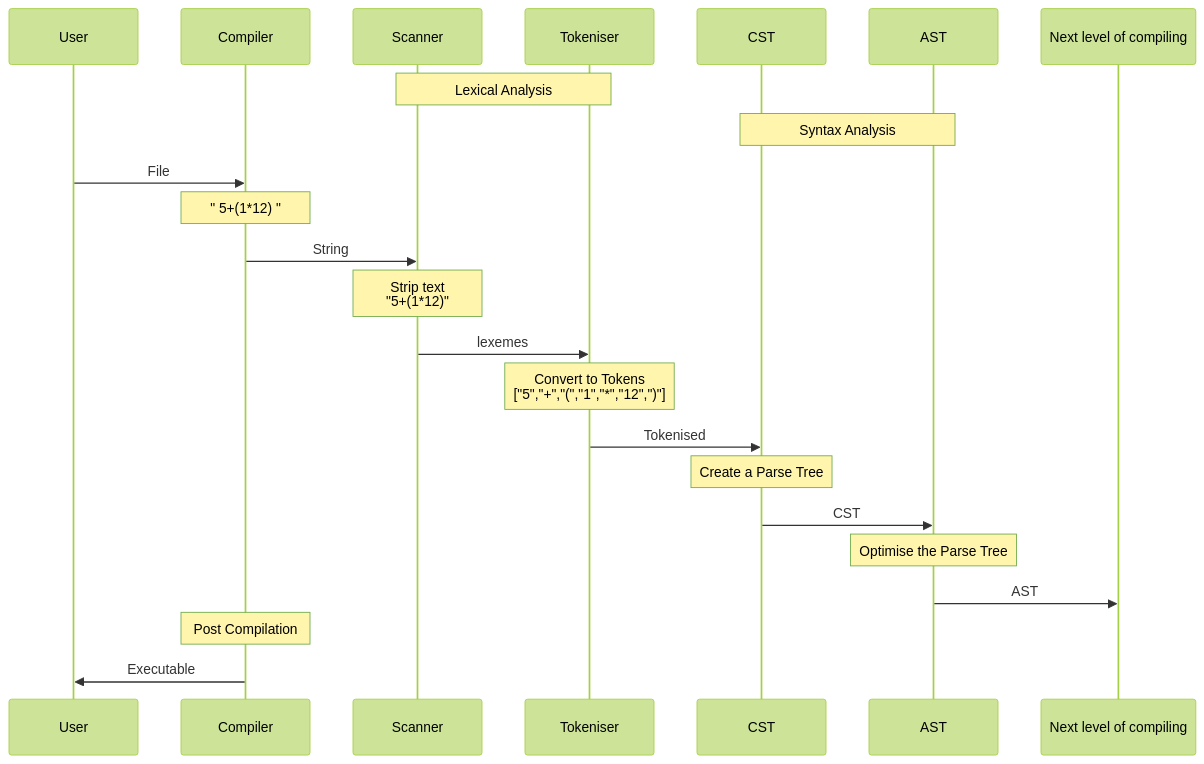
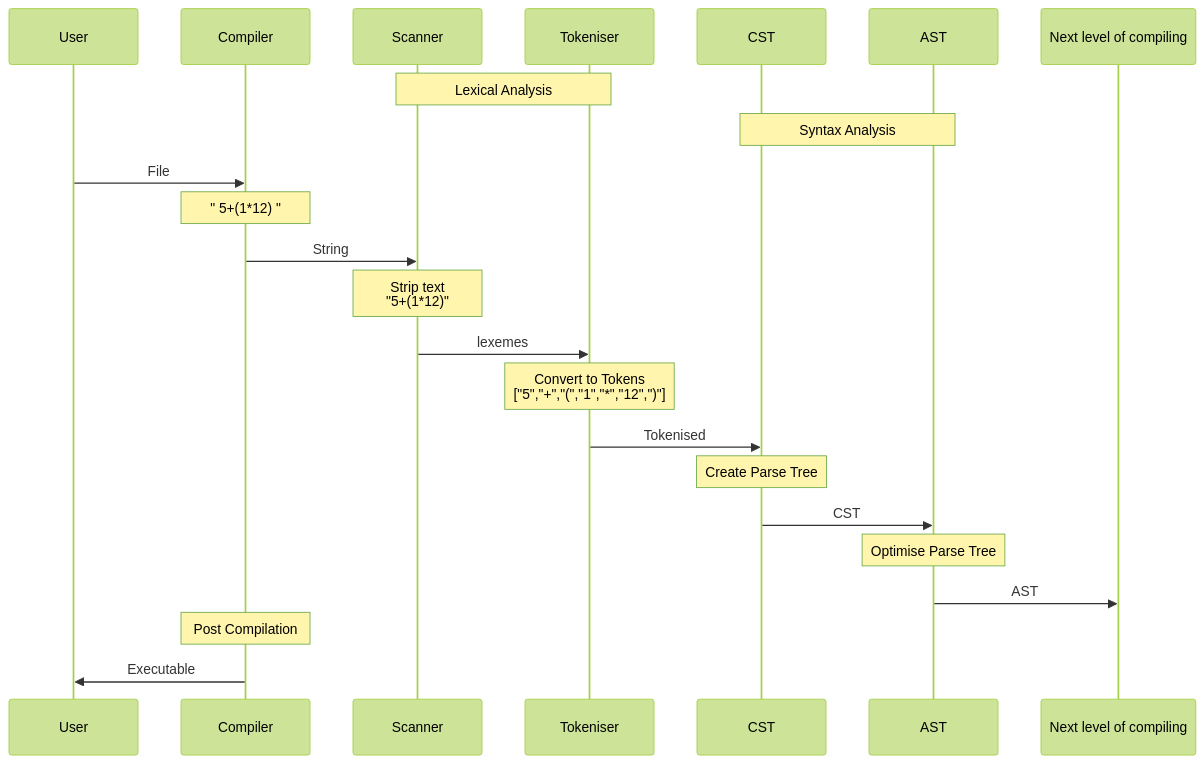
Before and after one commit to trshant-sugoi/stackedit: the first of 3 diagrams in drafts/2019-02-25-Compiler-I-AST.md, drawn with Mermaid (forest theme). The commit also changed other lines of this file, not shown here.

````diff
--- a/drafts/2019-02-25-Compiler-I-AST.md
+++ b/drafts/2019-02-25-Compiler-I-AST.md
@@ -18,25 +19,25 @@
 ```mermaid
 sequenceDiagram
 participant U as User  
 participant C as Compiler   
 participant S as Scanner
 participant T as Tokeniser   
 participant SA1 as CST
 participant SA2 as AST 
 
 Note over S,T: Lexical Analysis
 Note over SA1,SA2: Syntax Analysis
 U ->> C  : File  
 Note over C: " 5+(1*12) "
 C ->> S  : String
 Note over S: Strip text <br/>"5+(1*12)"
 S ->> T  : lexemes  
 Note over T: Convert to Tokens<br/>["5","+","(","1","*","12",")"]
 T ->> SA1 : Tokenised   
-Note over SA1: Create a Parse Tree
+Note over SA1: Create Parse Tree
 SA1  ->> SA2 : CST
-Note over SA2: Optimise the Parse Tree
+Note over SA2: Optimise Parse Tree
 SA2  ->> Next level of compiling: AST 
 Note over C: Post Compilation
 C ->> U: Executable  
 ```  
````
